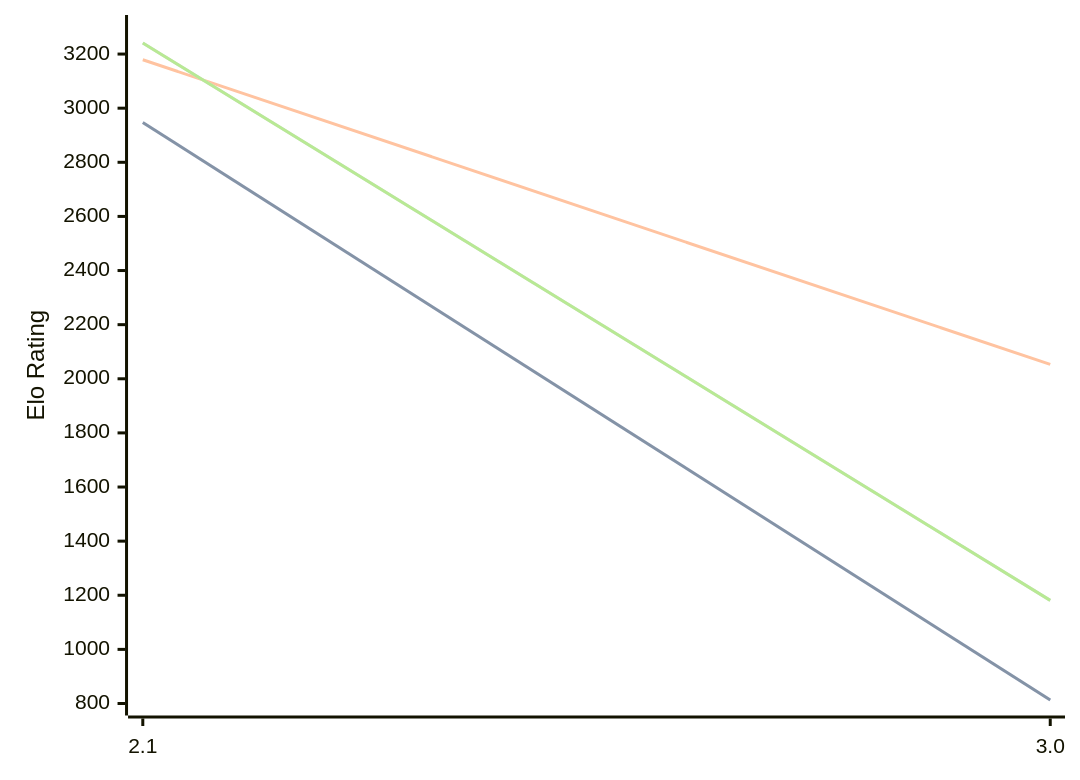
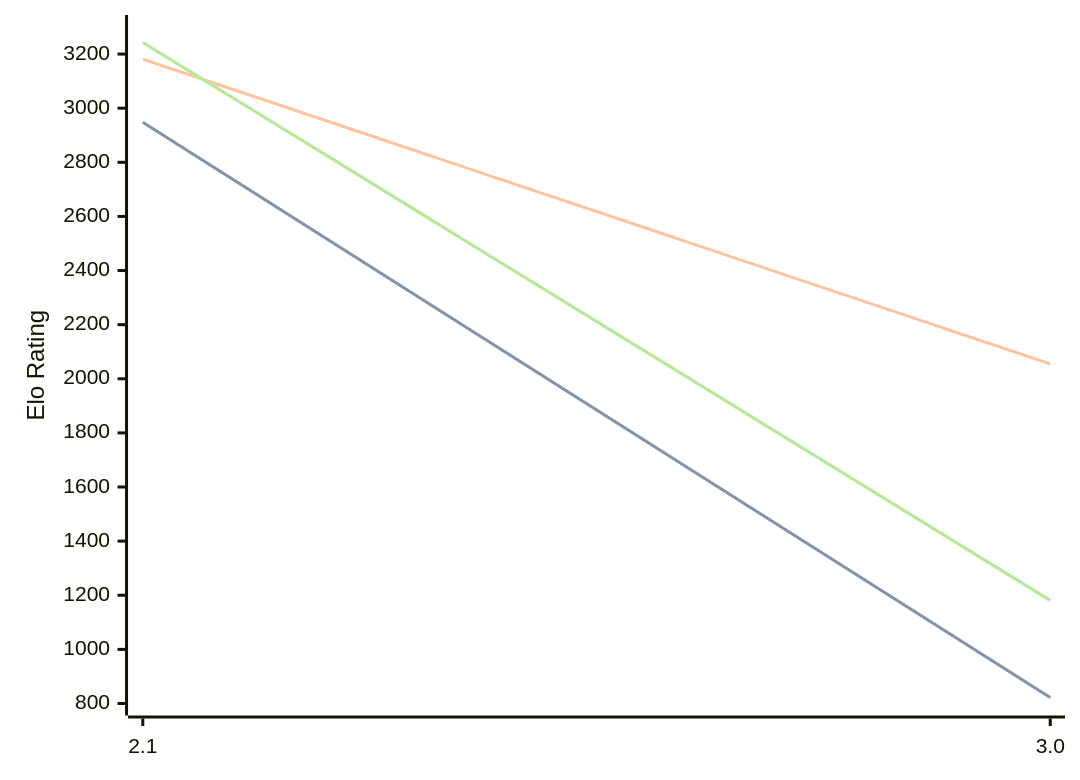
Before and after one commit to computer-chess-index/cci: the diagram in engines/Quirky.md, drawn with Mermaid. The commit also changed other lines of this file, not shown here.

Commit message:
Update CCI Ratings (ELO VLTC) - 2026-08-09

````diff
--- a/engines/Quirky.md
+++ b/engines/Quirky.md
@@ -32,11 +32,11 @@
 ```mermaid
 %%{init: {"theme":"base","themeVariables":{"seriesColors:['#a3a3a3','#222221','#faa371']}}}%%
 xychart-beta
   x-axis ["2.1", "3.0"]
   y-axis "Elo Rating" 800 --> 3300
-  line "STC (8.0+0.08s)" [2947, 813]
-  line "STC (8.0+0.08s)" [2947, 813]
-  line "LTC (60.0+0.60s)" [3179, 2053]
-  line "VLTC (2m24s+1.12s)" [3241, 1181]
-  line "VLTC (2m24s+1.12s)" [3241, 1181]
+  line "STC (8.0+0.08s)" [2948, 822]
+  line "STC (8.0+0.08s)" [2948, 822]
+  line "LTC (60.0+0.60s)" [3181, 2055]
+  line "VLTC (2m24s+1.12s)" [3243, 1181]
+  line "VLTC (2m24s+1.12s)" [3243, 1181]
 ```
````
